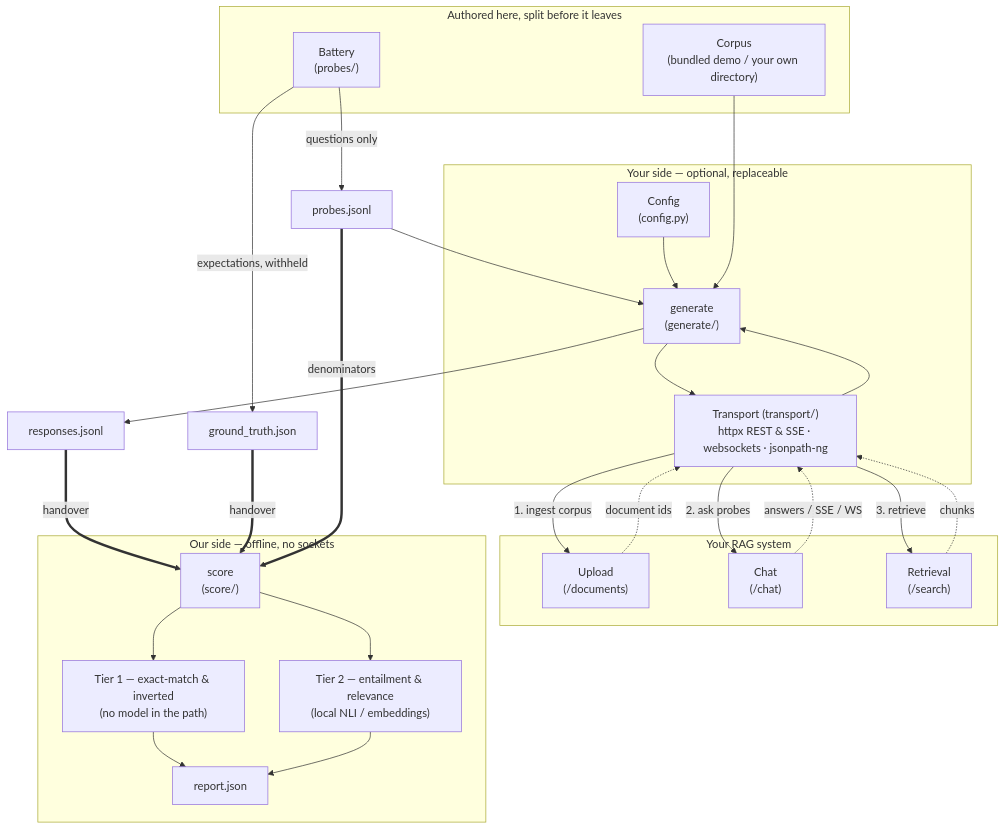
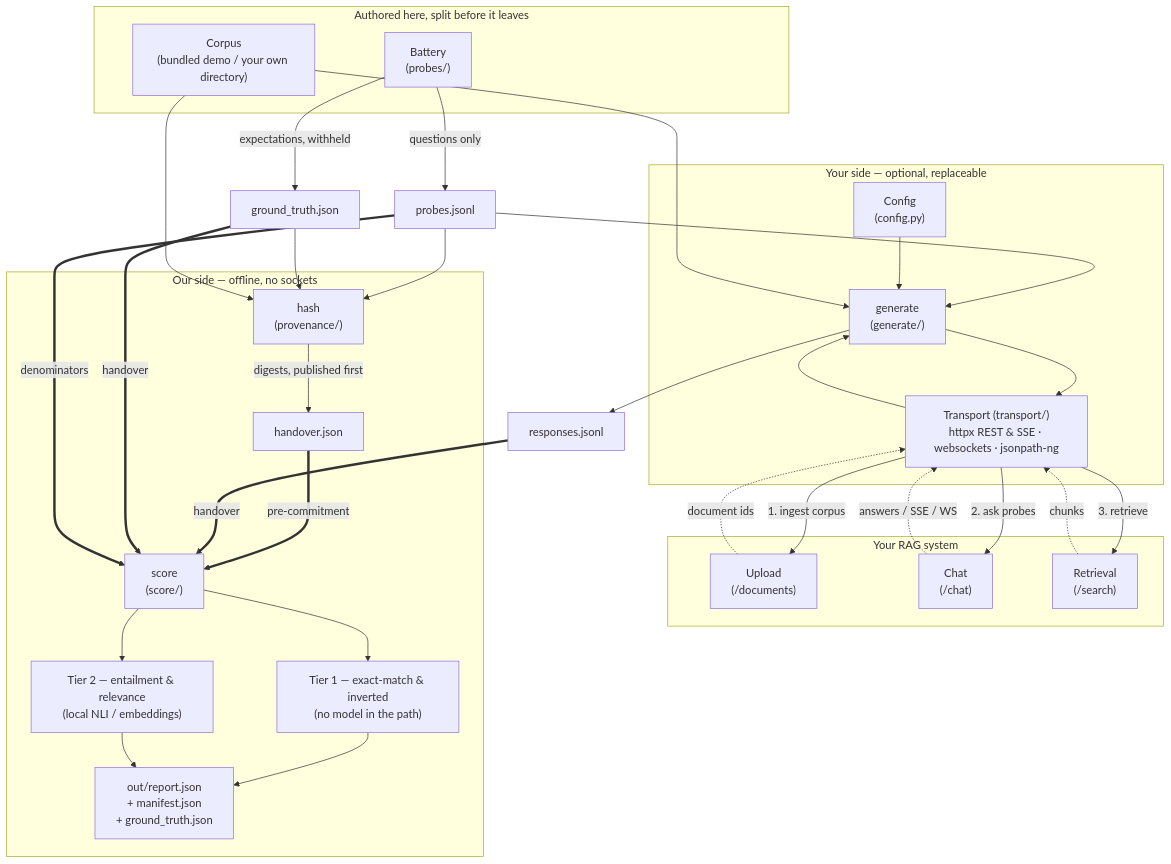
Before and after one commit to azterizm/legal-rag-audit: the diagram in README.md, drawn with Mermaid. The commit also changed other lines of this file and 21 other files, not shown here.

First line of the commit message:
feat: make the pre-commitment operable — hash, run manifest, disclosure writer

````diff
--- a/README.md
+++ b/README.md
@@ -158,45 +159,52 @@
 ```mermaid
 flowchart TD
     subgraph Authoring ["Authored here, split before it leaves"]
         BATTERY["Battery<br/>(probes/)"]
         CORPUS["Corpus<br/>(bundled demo / your own directory)"]
     end
     subgraph Theirs ["Your side — optional, replaceable"]
         CFG["Config<br/>(config.py)"]
         GEN["generate<br/>(generate/)"]
         TRANSPORT["Transport (transport/)<br/>httpx REST & SSE · websockets · jsonpath-ng"]
     end
     subgraph Target ["Your RAG system"]
         UPLOAD_EP["Upload<br/>(/documents)"]
         CHAT_EP["Chat<br/>(/chat)"]
         RET_EP["Retrieval<br/>(/search)"]
     end
     subgraph Ours ["Our side — offline, no sockets"]
+        HASH["hash<br/>(provenance/)"]
+        HANDOVER["handover.json"]
         SCORE["score<br/>(score/)"]
         E_EXACT["Tier 1 — exact-match & inverted<br/>(no model in the path)"]
         E_NLI["Tier 2 — entailment & relevance<br/>(local NLI / embeddings)"]
-        REP_JSON["report.json"]
+        REP_JSON["out/report.json<br/>+ manifest.json<br/>+ ground_truth.json"]
     end
 
     BATTERY -->|questions only| PROBES["probes.jsonl"]
     BATTERY -->|expectations, withheld| GT["ground_truth.json"]
+    PROBES --> HASH
+    GT --> HASH
+    CORPUS --> HASH
+    HASH -->|digests, published first| HANDOVER
+    HANDOVER ==>|pre-commitment| SCORE
     PROBES --> GEN
     CFG --> GEN
     CORPUS --> GEN
     GEN --> TRANSPORT
     TRANSPORT -->|1. ingest corpus| UPLOAD_EP
     TRANSPORT -->|2. ask probes| CHAT_EP
     TRANSPORT -->|3. retrieve| RET_EP
     UPLOAD_EP -.->|document ids| TRANSPORT
     CHAT_EP -.->|answers / SSE / WS| TRANSPORT
     RET_EP -.->|chunks| TRANSPORT
     TRANSPORT --> GEN
     GEN --> RESP["responses.jsonl"]
     RESP ==>|handover| SCORE
     GT ==>|handover| SCORE
     PROBES ==>|denominators| SCORE
     SCORE --> E_EXACT
     SCORE --> E_NLI
     E_EXACT --> REP_JSON
     E_NLI --> REP_JSON
 ```
````
